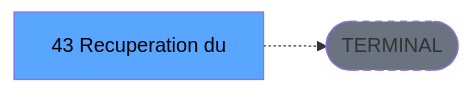
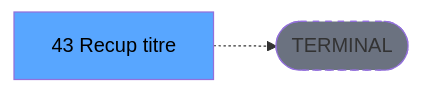
The third of 3 diagrams in .openspec/specs/ADH-IDE-43.md (thonyAGP/magic-migration), drawn with Mermaid before and after one commit. The commit also changed other lines of this file and 179 other files, not shown here.

````diff
--- a/.openspec/specs/ADH-IDE-43.md
+++ b/.openspec/specs/ADH-IDE-43.md
@@ -134,8 +197,8 @@
 ```mermaid
 graph LR
-    T[43 Recuperation du]
+    T[43 Recup titre]
     TERM([TERMINAL])
     T -.-> TERM
     style TERM fill:#6b7280,stroke-dasharray: 5 5
     style T fill:#58a6ff,color:#000
 ```
````
